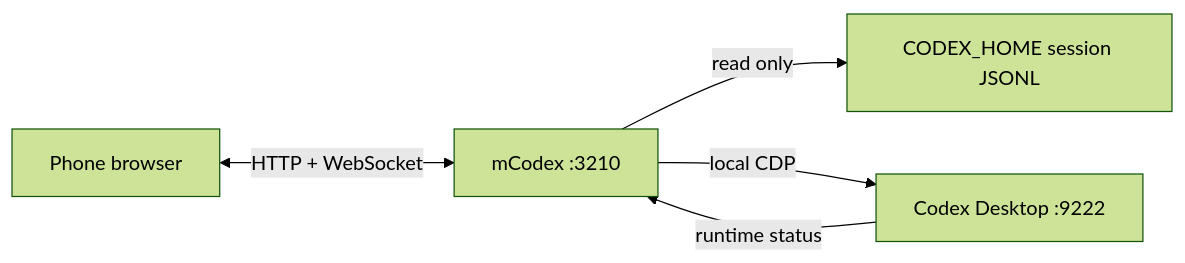
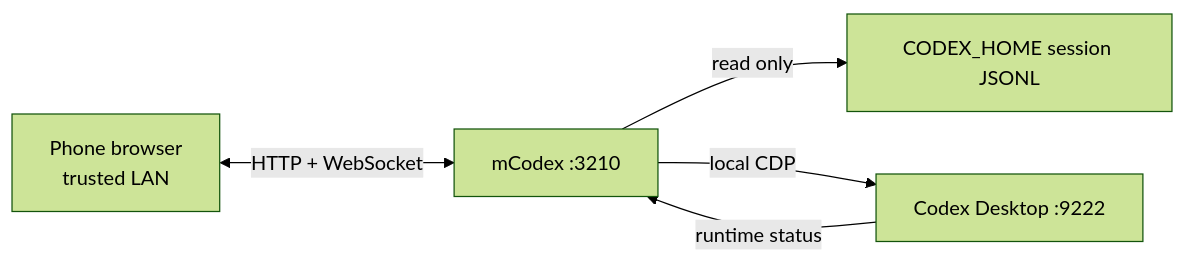
Before and after one commit to supermancantfly007/mCodex: the diagram in README.md, drawn with Mermaid (forest theme). The commit also changed other lines of this file and 30 other files, not shown here.

````diff
--- a/README.md
+++ b/README.md
@@ -33,7 +78,7 @@
 ```mermaid
 flowchart LR
-    phone["Phone browser"] <-->|HTTP + WebSocket| bridge["mCodex :3210"]
+    phone["Phone browser<br>trusted LAN"] <-->|HTTP + WebSocket| bridge["mCodex :3210"]
     bridge -->|read only| files["CODEX_HOME session JSONL"]
     bridge -->|local CDP| desktop["Codex Desktop :9222"]
     desktop -->|runtime status| bridge
 ```
````
